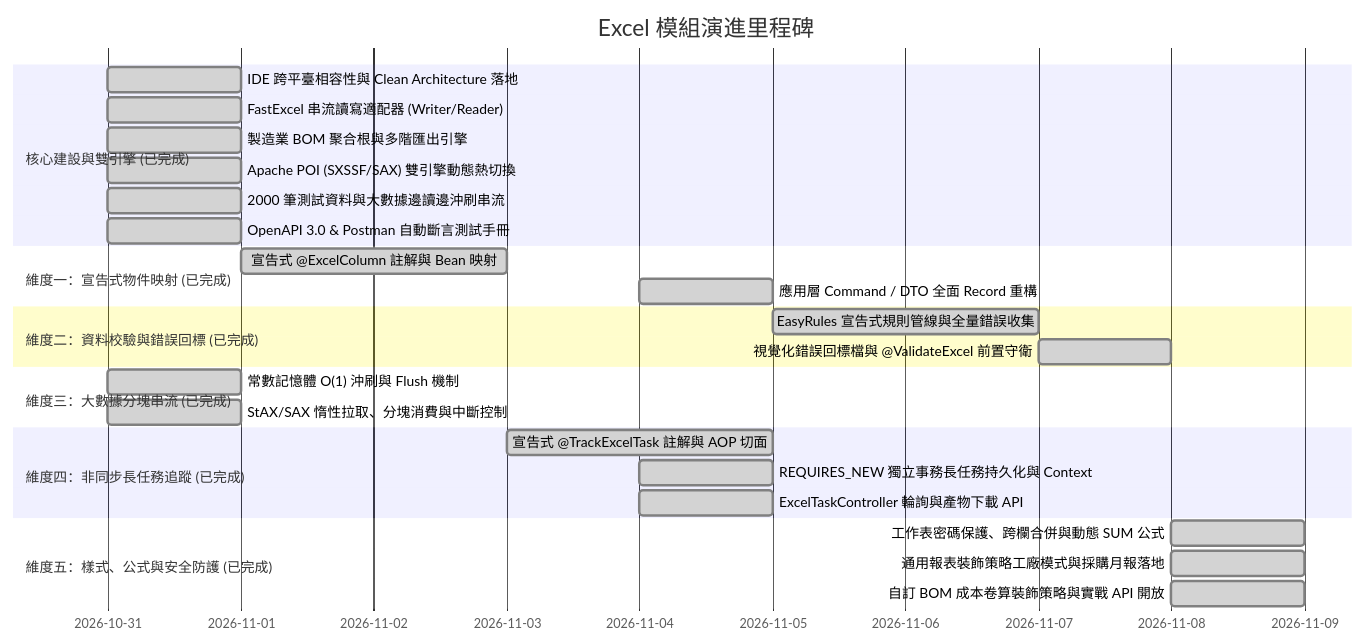
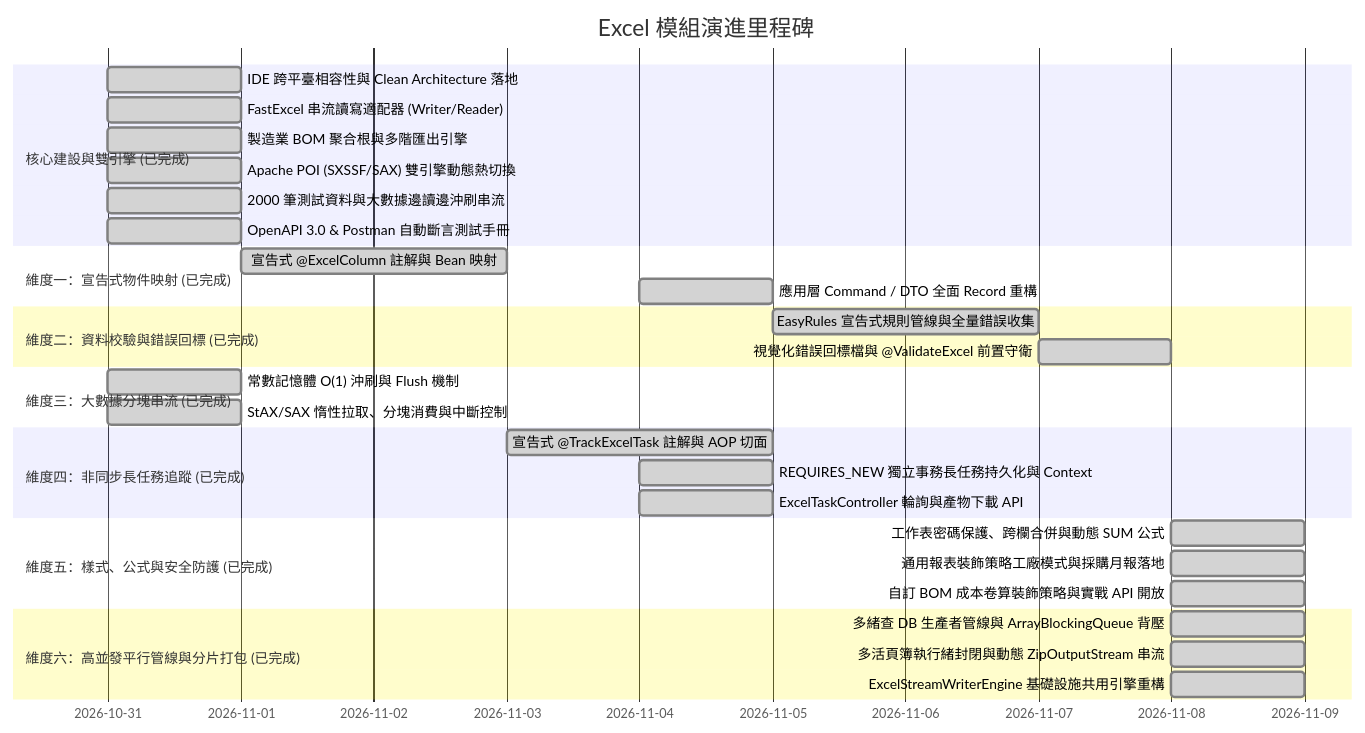
Before and after one commit to nick54785478/excel-module: the second of 2 diagrams in README.md, drawn with Mermaid. The commit also changed other lines of this file and 44 other files, not shown here.

First line of the commit message:
feat(parallel): implement high-concurrency pipeline and partition ZIP export with clean hexagonal architecture

````diff
--- a/README.md
+++ b/README.md
@@ -417,34 +491,39 @@
 ```mermaid
 gantt
     title Excel 模組演進里程碑
     dateFormat  YYYY-MM-DD
     section 核心建設與雙引擎 (已完成)
     IDE 跨平臺相容性與 Clean Architecture 落地  :done, 2026-10-31, 1d
     FastExcel 串流讀寫適配器 (Writer/Reader)     :done, 2026-10-31, 1d
     製造業 BOM 聚合根與多階匯出引擎             :done, 2026-10-31, 1d
     Apache POI (SXSSF/SAX) 雙引擎動態熱切換     :done, 2026-10-31, 1d
     2000 筆測試資料與大數據邊讀邊沖刷串流       :done, 2026-10-31, 1d
     OpenAPI 3.0 & Postman 自動斷言測試手冊     :done, 2026-10-31, 1d
     
     section 維度一：宣告式物件映射 (已完成)
     宣告式 @ExcelColumn 註解與 Bean 映射       :done, 2026-11-01, 2d
     應用層 Command / DTO 全面 Record 重構       :done, 2026-11-04, 1d
     
     section 維度二：資料校驗與錯誤回標 (已完成)
     EasyRules 宣告式規則管線與全量錯誤收集       :done, 2026-11-05, 2d
     視覺化錯誤回標檔與 @ValidateExcel 前置守衛  :done, 2026-11-07, 1d
 
     section 維度三：大數據分塊串流 (已完成)
     常數記憶體 O(1) 沖刷與 Flush 機制          :done, 2026-10-31, 1d
     StAX/SAX 惰性拉取、分塊消費與中斷控制       :done, 2026-10-31, 1d
 
     section 維度四：非同步長任務追蹤 (已完成)
     宣告式 @TrackExcelTask 註解與 AOP 切面      :done, 2026-11-03, 2d
     REQUIRES_NEW 獨立事務長任務持久化與 Context  :done, 2026-11-04, 1d
     ExcelTaskController 輪詢與產物下載 API      :done, 2026-11-04, 1d
     
     section 維度五：樣式、公式與安全防護 (已完成)
     工作表密碼保護、跨欄合併與動態 SUM 公式     :done, 2026-11-08, 1d
     通用報表裝飾策略工廠模式與採購月報落地      :done, 2026-11-08, 1d
     自訂 BOM 成本卷算裝飾策略與實戰 API 開放    :done, 2026-11-08, 1d
+
+    section 維度六：高並發平行管線與分片打包 (已完成)
+    多緒查 DB 生產者管線與 ArrayBlockingQueue 背壓 :done, 2026-11-08, 1d
+    多活頁簿執行緒封閉與動態 ZipOutputStream 串流 :done, 2026-11-08, 1d
+    ExcelStreamWriterEngine 基礎設施共用引擎重構 :done, 2026-11-08, 1d
 ```
````
